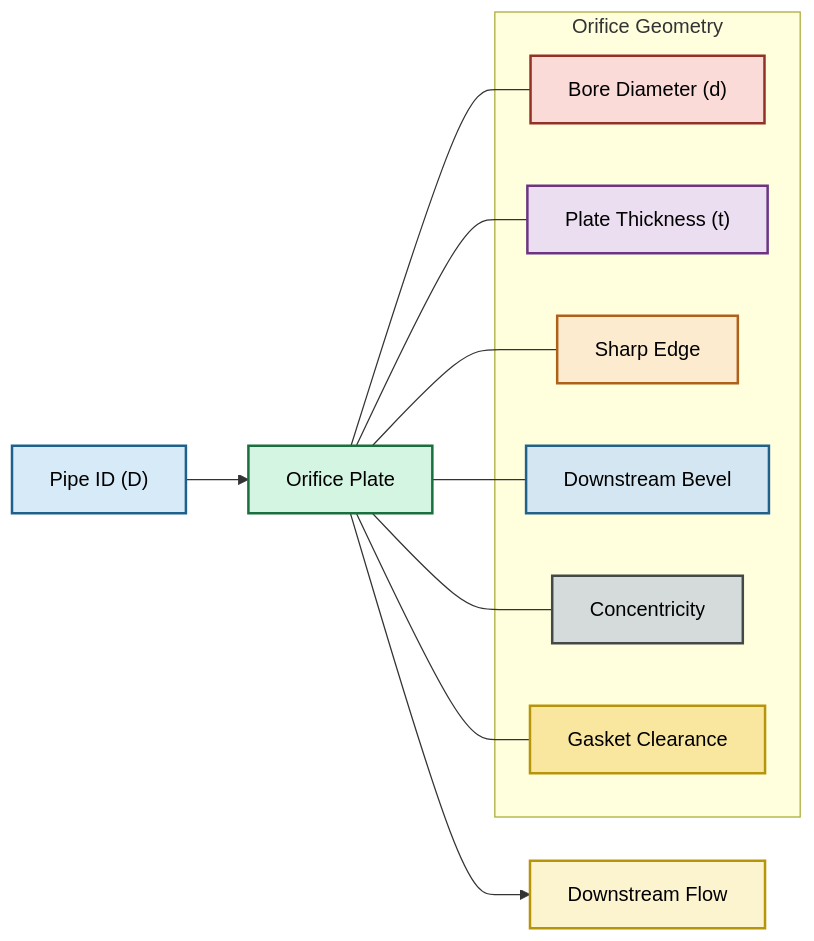
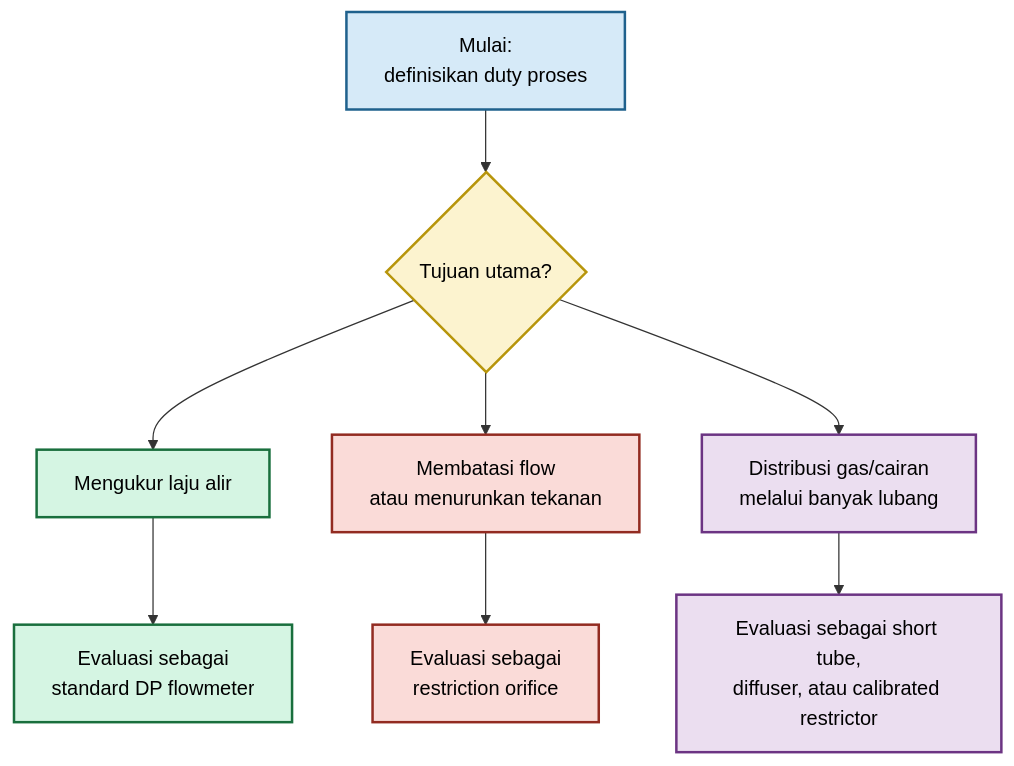
One commit to slametsampon/mx-core changed the first of 18 diagrams in plugins/mx-core-docs/src/content/blog/maintenance/elins/orifice-plate.mdx. Above: the diagram before and after it, drawn with Mermaid. The commit also changed other lines of this file and 4 other files, not shown here.

Commit message:
mx-core-docs: update orifice-plate

````diff
--- a/plugins/mx-core-docs/src/content/blog/maintenance/elins/orifice-plate.mdx
+++ b/plugins/mx-core-docs/src/content/blog/maintenance/elins/orifice-plate.mdx
@@ -317,31 +275,24 @@
 ```mermaid
-flowchart LR
+flowchart TD
+    A["Mulai:<br/>definisikan duty proses"]:::start
+    B{"Tujuan utama?"}:::decision
 
-A["Pipe ID (D)"]:::pipe --> B["Orifice Plate"]:::plate --> C["Downstream Flow"]:::flow
+    C["Mengukur laju alir"]:::meter
+    D["Membatasi flow<br/>atau menurunkan tekanan"]:::restrict
+    E["Distribusi gas/cairan<br/>melalui banyak lubang"]:::small
 
-subgraph G1["Orifice Geometry"]
-D["Bore Diameter (d)"]:::bore
-E["Plate Thickness (t)"]:::thickness
-F["Sharp Edge"]:::edge
-G["Downstream Bevel"]:::bevel
-H["Concentricity"]:::conc
-I["Gasket Clearance"]:::gasket
-end
+    F["Evaluasi sebagai<br/>standard DP flowmeter"]:::meter
+    G["Evaluasi sebagai<br/>restriction orifice"]:::restrict
+    H["Evaluasi sebagai short tube,<br/>diffuser, atau calibrated restrictor"]:::small
 
-B --- D
-B --- E
-B --- F
-B --- G
-B --- H
-B --- I
+    A --> B
+    B --> C --> F
+    B --> D --> G
+    B --> E --> H
 
-classDef pipe fill:#D6EAF8,color:#000,stroke:#1F618D,stroke-width:2px;
-classDef plate fill:#D5F5E3,color:#000,stroke:#196F3D,stroke-width:2px;
-classDef flow fill:#FCF3CF,color:#000,stroke:#B7950B,stroke-width:2px;
-classDef bore fill:#FADBD8,color:#000,stroke:#943126,stroke-width:2px;
-classDef thickness fill:#EBDEF0,color:#000,stroke:#6C3483,stroke-width:2px;
-classDef edge fill:#FDEBD0,color:#000,stroke:#AF601A,stroke-width:2px;
-classDef bevel fill:#D4E6F1,color:#000,stroke:#21618C,stroke-width:2px;
-classDef conc fill:#D5DBDB,color:#000,stroke:#424949,stroke-width:2px;
-classDef gasket fill:#F9E79F,color:#000,stroke:#B7950B,stroke-width:2px;
+    classDef start fill:#D6EAF8,stroke:#1F618D,color:#000,stroke-width:2px;
+    classDef decision fill:#FCF3CF,stroke:#B7950B,color:#000,stroke-width:2px;
+    classDef meter fill:#D5F5E3,stroke:#196F3D,color:#000,stroke-width:2px;
+    classDef restrict fill:#FADBD8,stroke:#922B21,color:#000,stroke-width:2px;
+    classDef small fill:#EBDEF0,stroke:#6C3483,color:#000,stroke-width:2px;
 ```
````
